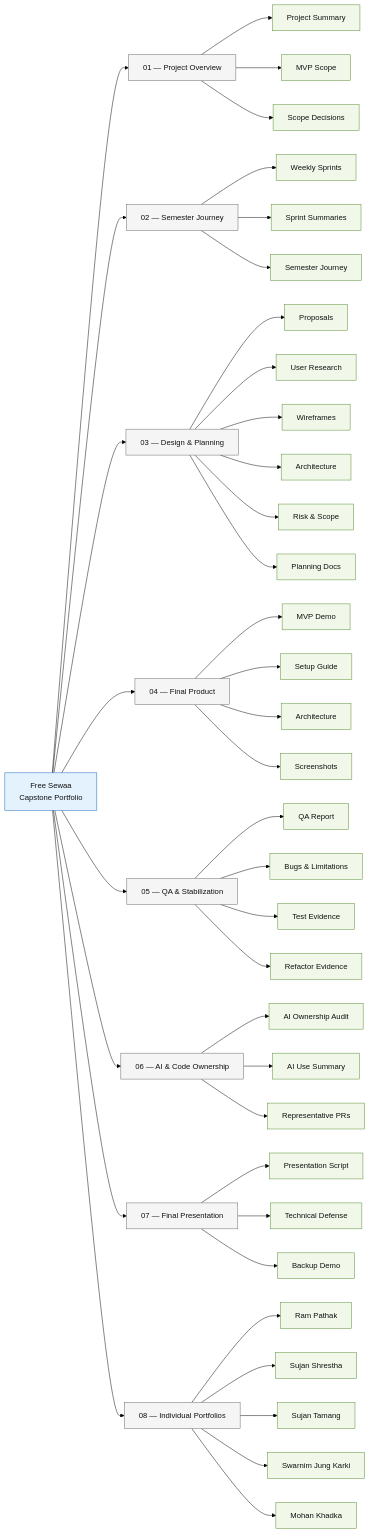
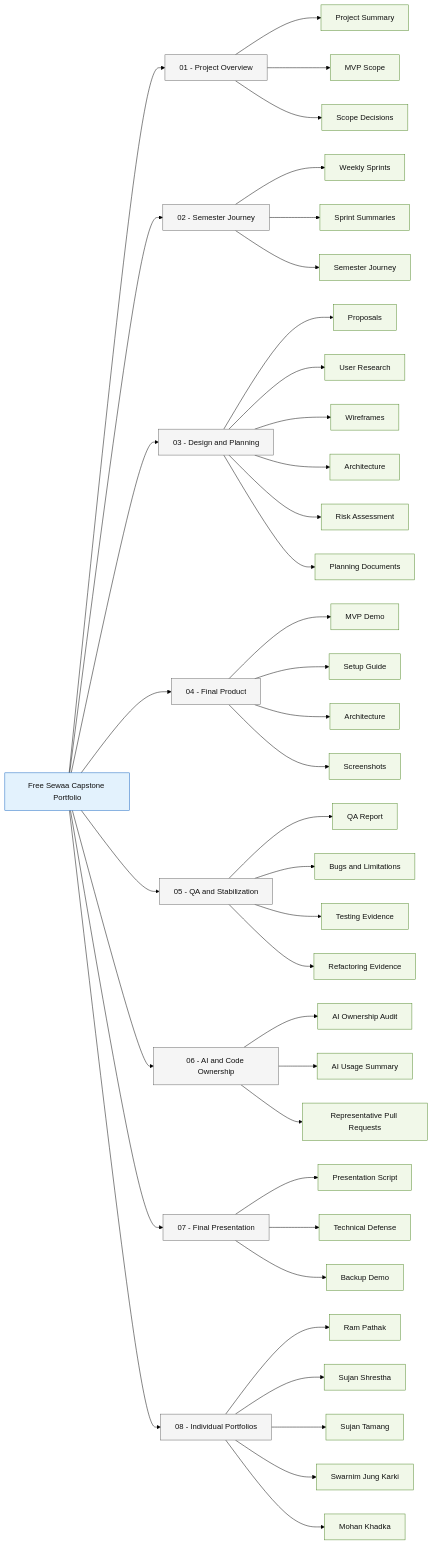
The fourth of 5 diagrams in docs/UML_AND_MERMAID_DIAGRAMS.md (CapstoneDesign-Spring2026-UlsanCollege/Free_Sewaa), drawn with Mermaid (forest theme) before and after one commit. The commit also changed other lines of this file, not shown here.

First line of the commit message:
Fix Mermaid parse errors and enhance diagrams

````diff
--- a/docs/UML_AND_MERMAID_DIAGRAMS.md
+++ b/docs/UML_AND_MERMAID_DIAGRAMS.md
@@ -153,58 +152,60 @@
 ```mermaid
 flowchart LR
-    P[Free Sewaa<br/>Capstone Portfolio] --> S01[01 — Project Overview]
-    P --> S02[02 — Semester Journey]
-    P --> S03[03 — Design & Planning]
-    P --> S04[04 — Final Product]
-    P --> S05[05 — QA & Stabilization]
-    P --> S06[06 — AI & Code Ownership]
-    P --> S07[07 — Final Presentation]
-    P --> S08[08 — Individual Portfolios]
+    P["Free Sewaa Capstone Portfolio"]
 
-    S01 --> S01A[Project Summary]
-    S01 --> S01B[MVP Scope]
-    S01 --> S01C[Scope Decisions]
+    P --> S01["01 - Project Overview"]
+    P --> S02["02 - Semester Journey"]
+    P --> S03["03 - Design and Planning"]
+    P --> S04["04 - Final Product"]
+    P --> S05["05 - QA and Stabilization"]
+    P --> S06["06 - AI and Code Ownership"]
+    P --> S07["07 - Final Presentation"]
+    P --> S08["08 - Individual Portfolios"]
 
-    S02 --> S02A[Weekly Sprints]
-    S02 --> S02B[Sprint Summaries]
-    S02 --> S02C[Semester Journey]
+    S01 --> S01A["Project Summary"]
+    S01 --> S01B["MVP Scope"]
+    S01 --> S01C["Scope Decisions"]
 
-    S03 --> S03A[Proposals]
-    S03 --> S03B[User Research]
-    S03 --> S03C[Wireframes]
-    S03 --> S03D[Architecture]
-    S03 --> S03E[Risk & Scope]
-    S03 --> S03F[Planning Docs]
+    S02 --> S02A["Weekly Sprints"]
+    S02 --> S02B["Sprint Summaries"]
+    S02 --> S02C["Semester Journey"]
 
-    S04 --> S04A[MVP Demo]
-    S04 --> S04B[Setup Guide]
-    S04 --> S04C[Architecture]
-    S04 --> S04D[Screenshots]
+    S03 --> S03A["Proposals"]
+    S03 --> S03B["User Research"]
+    S03 --> S03C["Wireframes"]
+    S03 --> S03D["Architecture"]
+    S03 --> S03E["Risk Assessment"]
+    S03 --> S03F["Planning Documents"]
 
-    S05 --> S05A[QA Report]
-    S05 --> S05B[Bugs & Limitations]
-    S05 --> S05C[Test Evidence]
-    S05 --> S05D[Refactor Evidence]
+    S04 --> S04A["MVP Demo"]
+    S04 --> S04B["Setup Guide"]
+    S04 --> S04C["Architecture"]
+    S04 --> S04D["Screenshots"]
 
-    S06 --> S06A[AI Ownership Audit]
-    S06 --> S06B[AI Use Summary]
-    S06 --> S06C[Representative PRs]
+    S05 --> S05A["QA Report"]
+    S05 --> S05B["Bugs and Limitations"]
+    S05 --> S05C["Testing Evidence"]
+    S05 --> S05D["Refactoring Evidence"]
 
-    S07 --> S07A[Presentation Script]
-    S07 --> S07B[Technical Defense]
-    S07 --> S07C[Backup Demo]
+    S06 --> S06A["AI Ownership Audit"]
+    S06 --> S06B["AI Usage Summary"]
+    S06 --> S06C["Representative Pull Requests"]
 
-    S08 --> S08A[Ram Pathak]
-    S08 --> S08B[Sujan Shrestha]
-    S08 --> S08C[Sujan Tamang]
-    S08 --> S08D[Swarnim Jung Karki]
-    S08 --> S08E[Mohan Khadka]
+    S07 --> S07A["Presentation Script"]
+    S07 --> S07B["Technical Defense"]
+    S07 --> S07C["Backup Demo"]
 
-    classDef portfolio fill:#e3f2fd,stroke:#1565c0,color:#111;
-    classDef section fill:#f5f5f5,stroke:#666,color:#111;
-    classDef content fill:#f1f8e9,stroke:#558b2f,color:#111;
+    S08 --> S08A["Ram Pathak"]
+    S08 --> S08B["Sujan Shrestha"]
+    S08 --> S08C["Sujan Tamang"]
+    S08 --> S08D["Swarnim Jung Karki"]
+    S08 --> S08E["Mohan Khadka"]
 
-    class P portfolio;
-    class S01,S02,S03,S04,S05,S06,S07,S08 section;
-    class S01A,S01B,S01C,S02A,S02B,S02C,S03A,S03B,S03C,S03D,S03E,S03F,S04A,S04B,S04C,S04D,S05A,S05B,S05C,S05D,S06A,S06B,S06C,S07A,S07B,S07C,S08A,S08B,S08C,S08D,S08E content;
+    classDef portfolioNode fill:#e3f2fd,stroke:#1565c0,color:#111
+    classDef sectionNode fill:#f5f5f5,stroke:#666,color:#111
+    classDef contentNode fill:#f1f8e9,stroke:#558b2f,color:#111
+
+    class P portfolioNode
+    class S01,S02,S03,S04,S05,S06,S07,S08 sectionNode
+    class S01A,S01B,S01C,S02A,S02B,S02C,S03A,S03B,S03C,S03D,S03E,S03F,S04A,S04B,S04C,S04D,S05A,S05B,S05C,S05D,S06A,S06B,S06C,S07A,S07B,S07C,S08A,S08B,S08C,S08D,S08E contentNode
 ```
````
